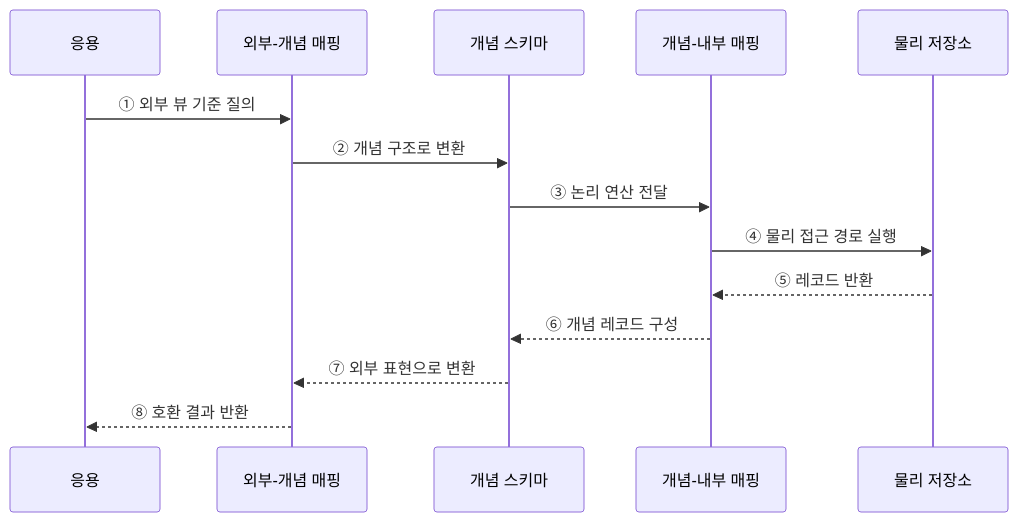
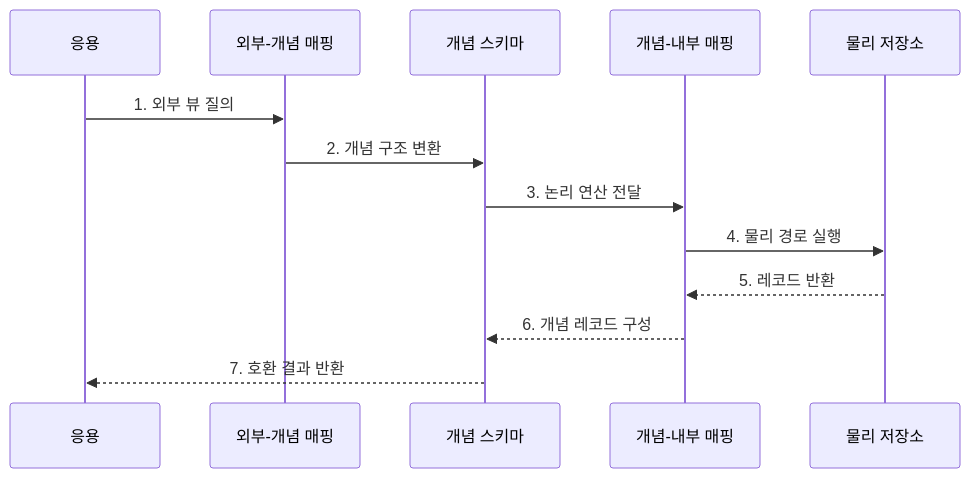
Before and after one commit to agnusdei1207/knowledge-base: the second of 2 diagrams in src/content/docs/notes/03-software/111_data_independence.md, drawn with Mermaid. The commit also changed other lines of this file and 20 other files, not shown here.

````diff
--- a/src/content/docs/notes/03-software/111_data_independence.md
+++ b/src/content/docs/notes/03-software/111_data_independence.md
@@ -68,16 +77,15 @@
 ```mermaid
 sequenceDiagram
     participant A as 응용
     participant E as 외부-개념 매핑
     participant C as 개념 스키마
     participant I as 개념-내부 매핑
     participant S as 물리 저장소
-    A->>E: ① 외부 뷰 기준 질의
-    E->>C: ② 개념 구조로 변환
-    C->>I: ③ 논리 연산 전달
-    I->>S: ④ 물리 접근 경로 실행
-    S-->>I: ⑤ 레코드 반환
-    I-->>C: ⑥ 개념 레코드 구성
-    C-->>E: ⑦ 외부 표현으로 변환
-    E-->>A: ⑧ 호환 결과 반환
+    A->>E: 1. 외부 뷰 질의
+    E->>C: 2. 개념 구조 변환
+    C->>I: 3. 논리 연산 전달
+    I->>S: 4. 물리 경로 실행
+    S-->>I: 5. 레코드 반환
+    I-->>C: 6. 개념 레코드 구성
+    C-->>A: 7. 호환 결과 반환
 ```
````
